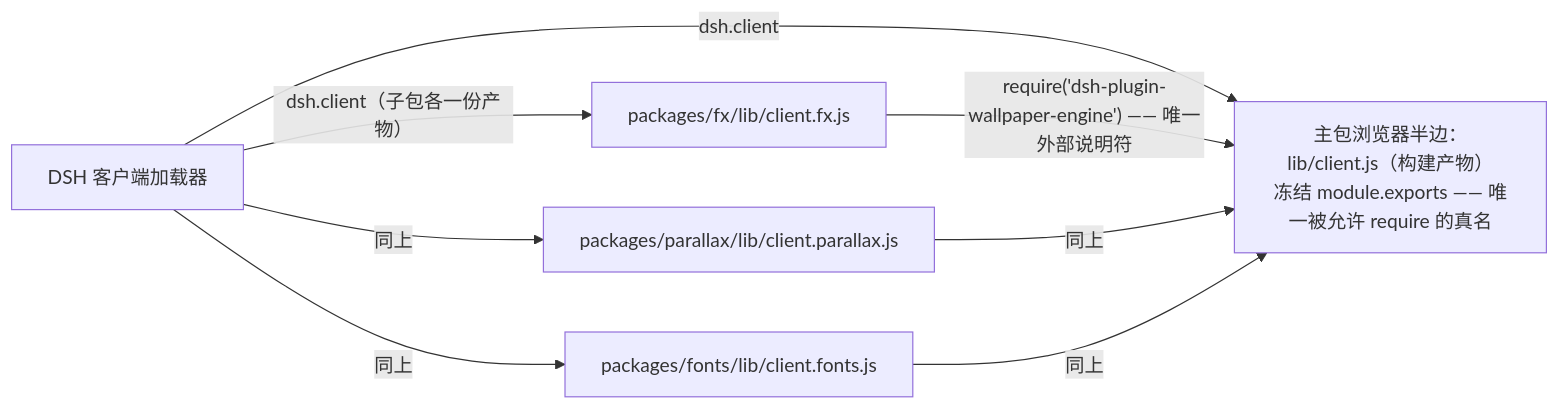
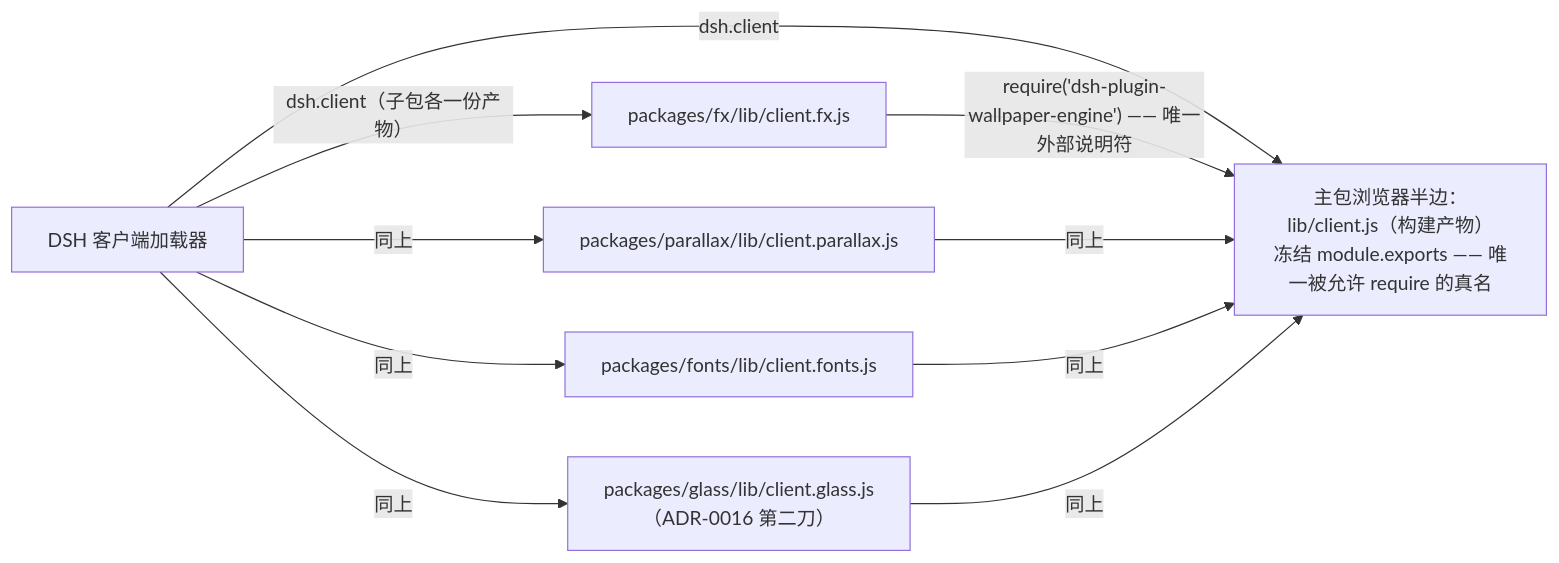
Before and after one commit to CREAMSOU/dsh-wallpaper-engine: the third of 3 diagrams in docs/SUBPACKAGE-GRAPH.md, drawn with Mermaid. The commit also changed other lines of this file and 23 other files, not shown here.

First line of the commit message:
feat(glass): ADR-0016 第二刀——「主题预设」+「玻璃 UI」设置节随包走

````diff
--- a/docs/SUBPACKAGE-GRAPH.md
+++ b/docs/SUBPACKAGE-GRAPH.md
@@ -89,12 +89,14 @@
 ```mermaid
 graph LR
   LOADER["DSH 客户端加载器"]
   MAINB["主包浏览器半边：lib/client.js（构建产物）<br/>冻结 module.exports —— 唯一被允许 require 的真名"]
   LOADER -->|"dsh.client"| MAINB
   LOADER -->|"dsh.client（子包各一份产物）"| FB["packages/fx/lib/client.fx.js"]
   LOADER -->|"同上"| PB["packages/parallax/lib/client.parallax.js"]
   LOADER -->|"同上"| FT["packages/fonts/lib/client.fonts.js"]
+  LOADER -->|"同上"| GLB["packages/glass/lib/client.glass.js（ADR-0016 第二刀）"]
   FB -->|"require('dsh-plugin-wallpaper-engine') —— 唯一外部说明符"| MAINB
   PB -->|"同上"| MAINB
   FT -->|"同上"| MAINB
+  GLB -->|"同上"| MAINB
 ```
````
